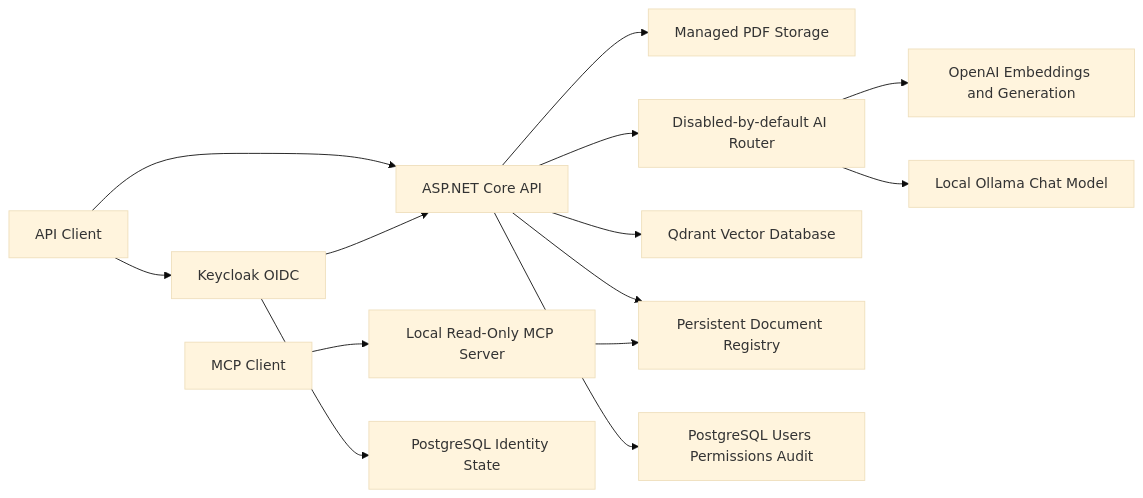
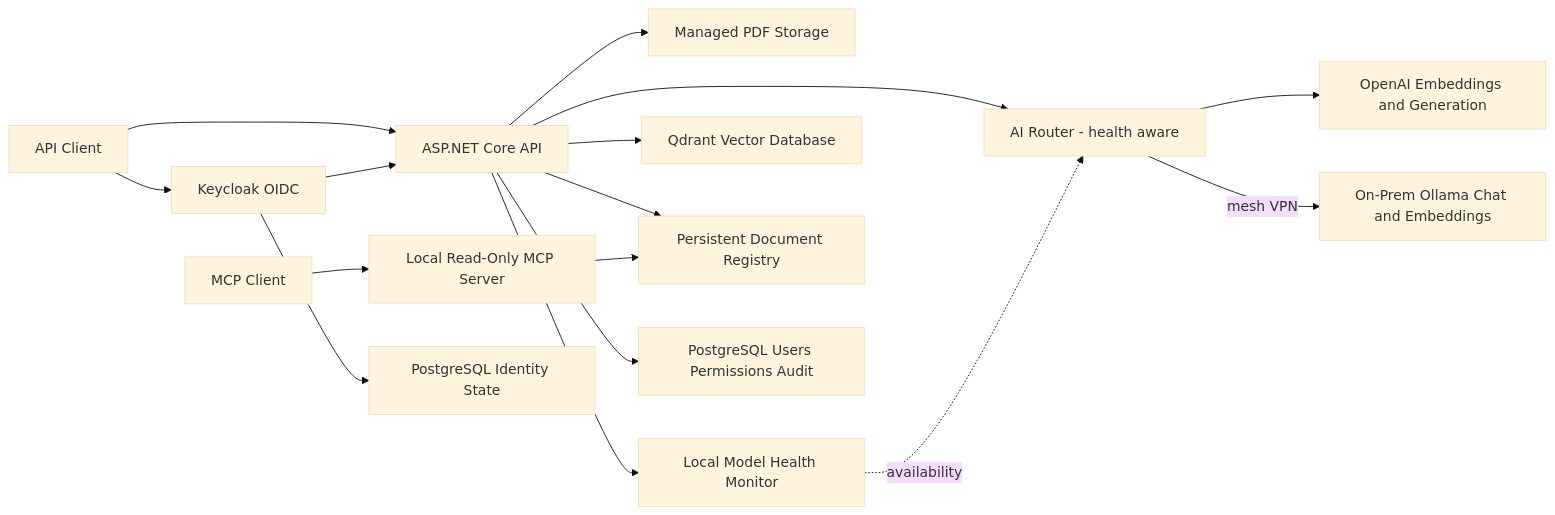
The diagram in README.md (ElieSaberGit/enterprise-ai-knowledge-assistant-portfolio), drawn with Mermaid (base theme) before and after one commit. The commit also changed other lines of this file, not shown here.

First line of the commit message:
docs: record cloud-to-on-prem connector and automatic hybrid failover

````diff
--- a/README.md
+++ b/README.md
@@ -39,16 +39,18 @@
 ```mermaid
 flowchart LR
     Client[API Client] --> Keycloak[Keycloak OIDC]
     Client --> API[ASP.NET Core API]
     Keycloak --> API
     MCPClient[MCP Client] --> MCP[Local Read-Only MCP Server]
     API --> Files[Managed PDF Storage]
-    API --> Router[Disabled-by-default AI Router]
+    API --> Health[Local Model Health Monitor]
+    API --> Router[AI Router - health aware]
+    Health -.availability.-> Router
     Router --> OpenAI[OpenAI Embeddings and Generation]
-    Router --> Ollama[Local Ollama Chat Model]
+    Router -->|mesh VPN| Ollama[On-Prem Ollama Chat and Embeddings]
     API --> Qdrant[Qdrant Vector Database]
     API --> Registry[Persistent Document Registry]
     API --> AppDB[PostgreSQL Users Permissions Audit]
     Keycloak --> IdentityDB[PostgreSQL Identity State]
     MCP --> Registry
 ```
````
